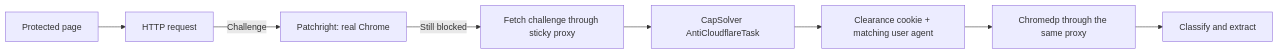
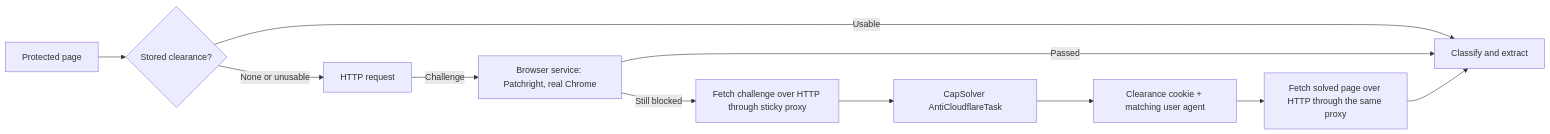
One commit to simonbalfe/pagelode changed the diagram in docs/cloudflare-status.md. Above: the diagram before and after it, drawn with Mermaid. The commit also changed other lines of this file and 12 other files, not shown here.

First line of the commit message:
Document the single browser service

````diff
--- a/docs/cloudflare-status.md
+++ b/docs/cloudflare-status.md
@@ -7,10 +7,13 @@
 ```mermaid
 flowchart LR
-    Target[Protected page] --> HTTP[HTTP request]
-    HTTP -->|Challenge| Patchright[Patchright: real Chrome]
-    Patchright -->|Still blocked| Bootstrap[Fetch challenge through sticky proxy]
+    Target[Protected page] --> Replay{Stored clearance?}
+    Replay -->|Usable| Classifier[Classify and extract]
+    Replay -->|None or unusable| HTTP[HTTP request]
+    HTTP -->|Challenge| Patchright[Browser service: Patchright, real Chrome]
+    Patchright -->|Passed| Classifier
+    Patchright -->|Still blocked| Bootstrap[Fetch challenge over HTTP through sticky proxy]
     Bootstrap --> CapSolver[CapSolver AntiCloudflareTask]
     CapSolver --> Session[Clearance cookie + matching user agent]
-    Session --> Chromedp[Chromedp through the same proxy]
-    Chromedp --> Classifier[Classify and extract]
+    Session --> Solved[Fetch solved page over HTTP through the same proxy]
+    Solved --> Classifier
 ```
````
